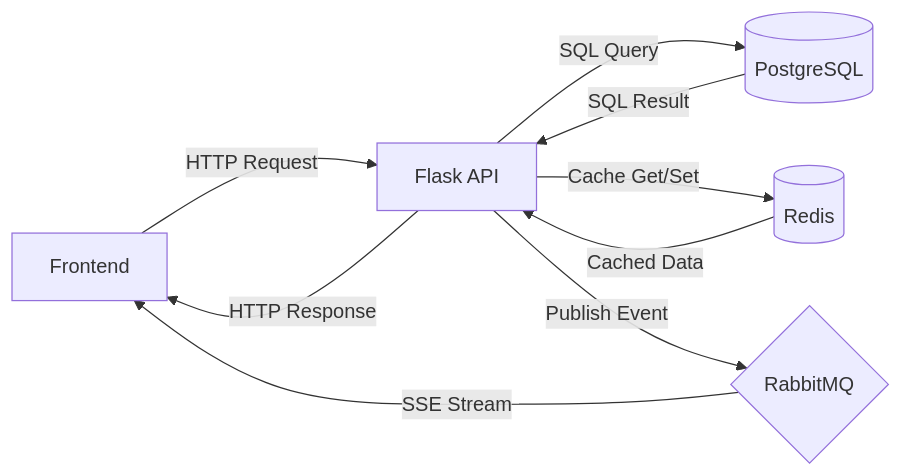
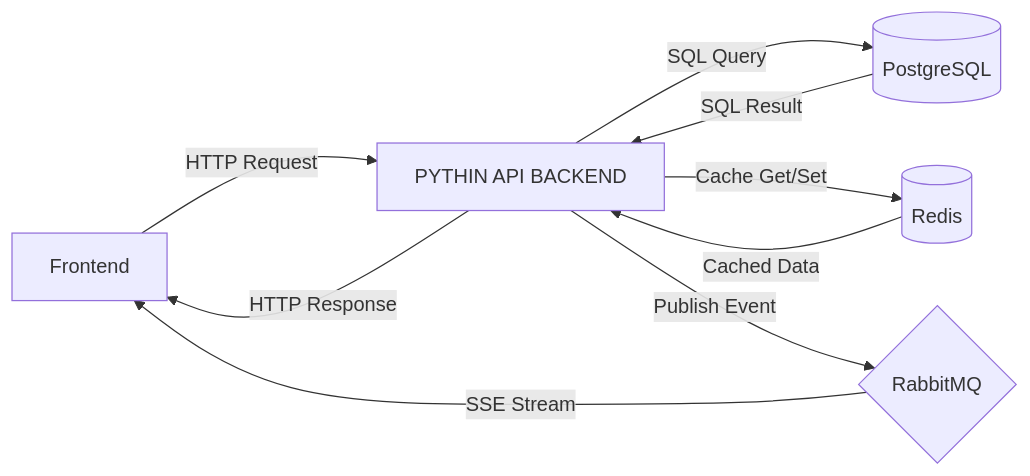
The diagram in README.md (ersarthak03/BiblioMesh), drawn with Mermaid before and after one commit.

````diff
--- a/README.md
+++ b/README.md
@@ -31,11 +31,11 @@
 ```mermaid
 graph LR
-    F[Frontend] -->|HTTP Request| B[Flask API]
+    F[Frontend] -->|HTTP Request| B[PYTHIN API BACKEND]
     B -->|SQL Query| P[(PostgreSQL)]
     B -->|Cache Get/Set| R[(Redis)]
     B -->|Publish Event| M{RabbitMQ}
     P -->|SQL Result| B
     R -->|Cached Data| B
     B -->|HTTP Response| F
     M -->|SSE Stream| F
 ```
````
